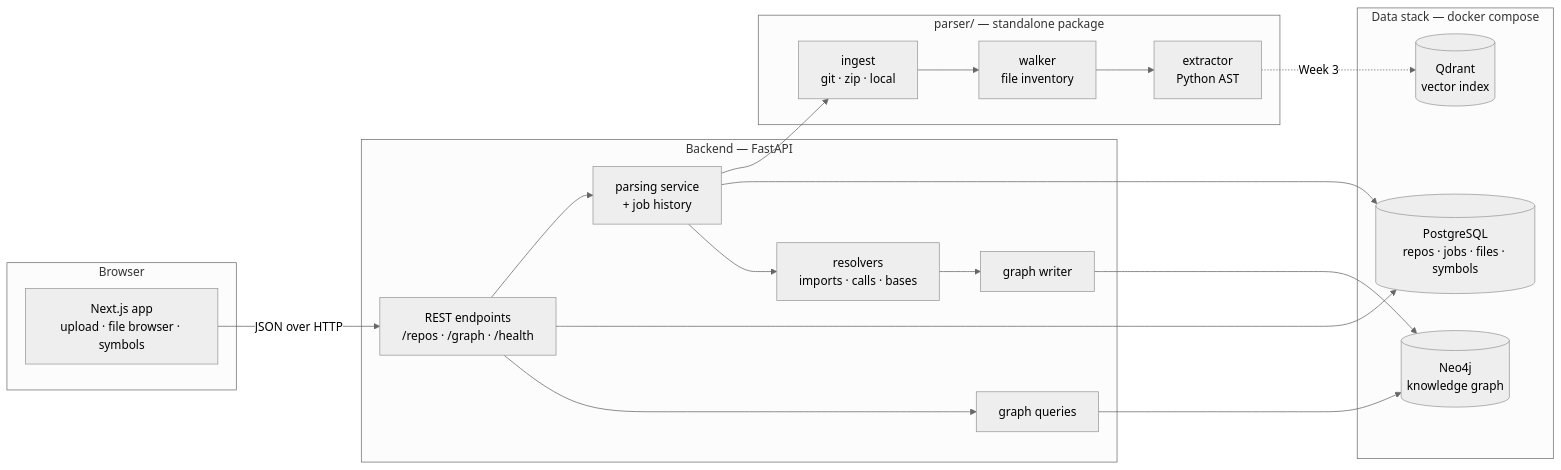
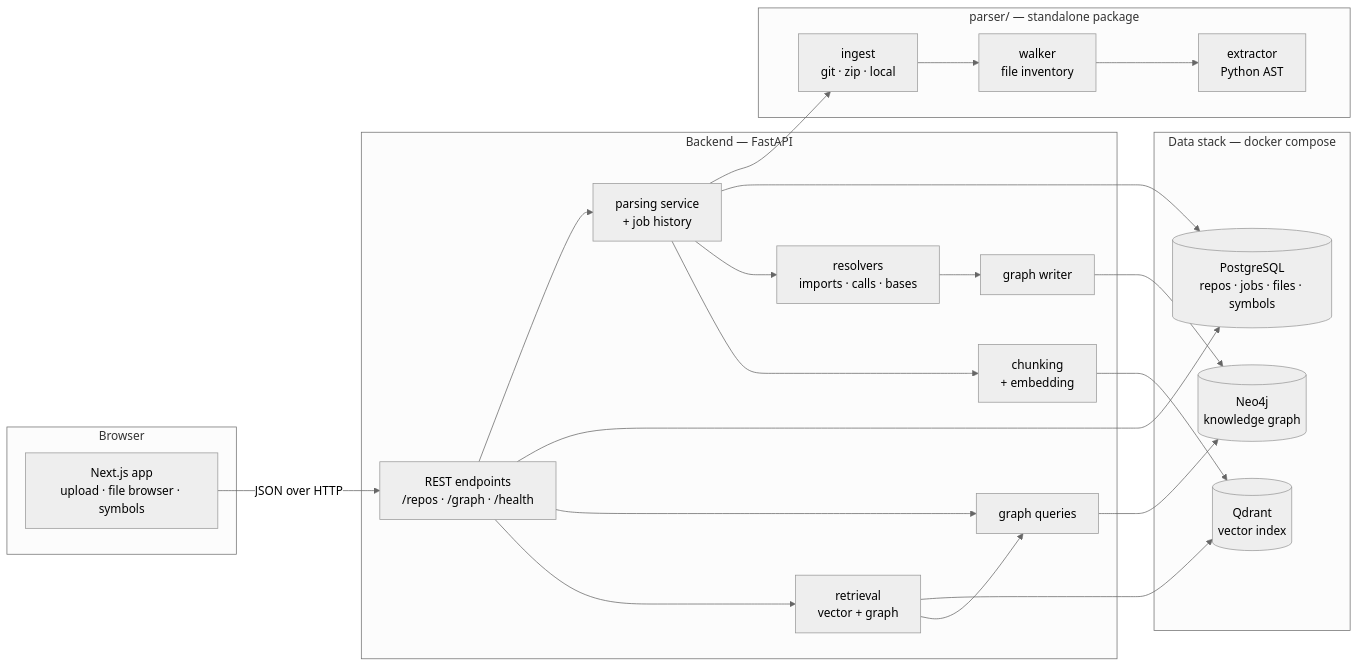
The diagram in docs/architecture/overview.md (surya27-prog/ARGUS-AI-Engineering-Intelligence), drawn with Mermaid (neutral theme) before and after one commit. The commit also changed other lines of this file and 1 other file, not shown here.

First line of the commit message:
Week 5 Day 7: feature freeze - refresh the architecture doc, add a release checklist

````diff
--- a/docs/architecture/overview.md
+++ b/docs/architecture/overview.md
@@ -29,35 +29,39 @@
 ```mermaid
 flowchart LR
     subgraph client["Browser"]
         UI["Next.js app<br/>upload · file browser · symbols"]
     end
 
     subgraph api["Backend — FastAPI"]
         REST["REST endpoints<br/>/repos · /graph · /health"]
         SVC["parsing service<br/>+ job history"]
         RES["resolvers<br/>imports · calls · bases"]
         GW["graph writer"]
         GQ["graph queries"]
+        RET["retrieval<br/>vector + graph"]
+        CHK["chunking<br/>+ embedding"]
     end
 
     subgraph parser["parser/ — standalone package"]
         ING["ingest<br/>git · zip · local"]
         WALK["walker<br/>file inventory"]
         EXT["extractor<br/>Python AST"]
     end
 
     subgraph data["Data stack — docker compose"]
         PG[("PostgreSQL<br/>repos · jobs · files · symbols")]
         NEO[("Neo4j<br/>knowledge graph")]
         QD[("Qdrant<br/>vector index")]
     end
 
     UI -->|JSON over HTTP| REST
     REST --> SVC
     SVC --> ING --> WALK --> EXT
     SVC --> PG
     REST --> PG
     SVC --> RES --> GW --> NEO
     REST --> GQ --> NEO
-    EXT -.->|Week 3| QD
+    SVC --> CHK --> QD
+    REST --> RET --> QD
+    RET --> GQ
 ```
````
